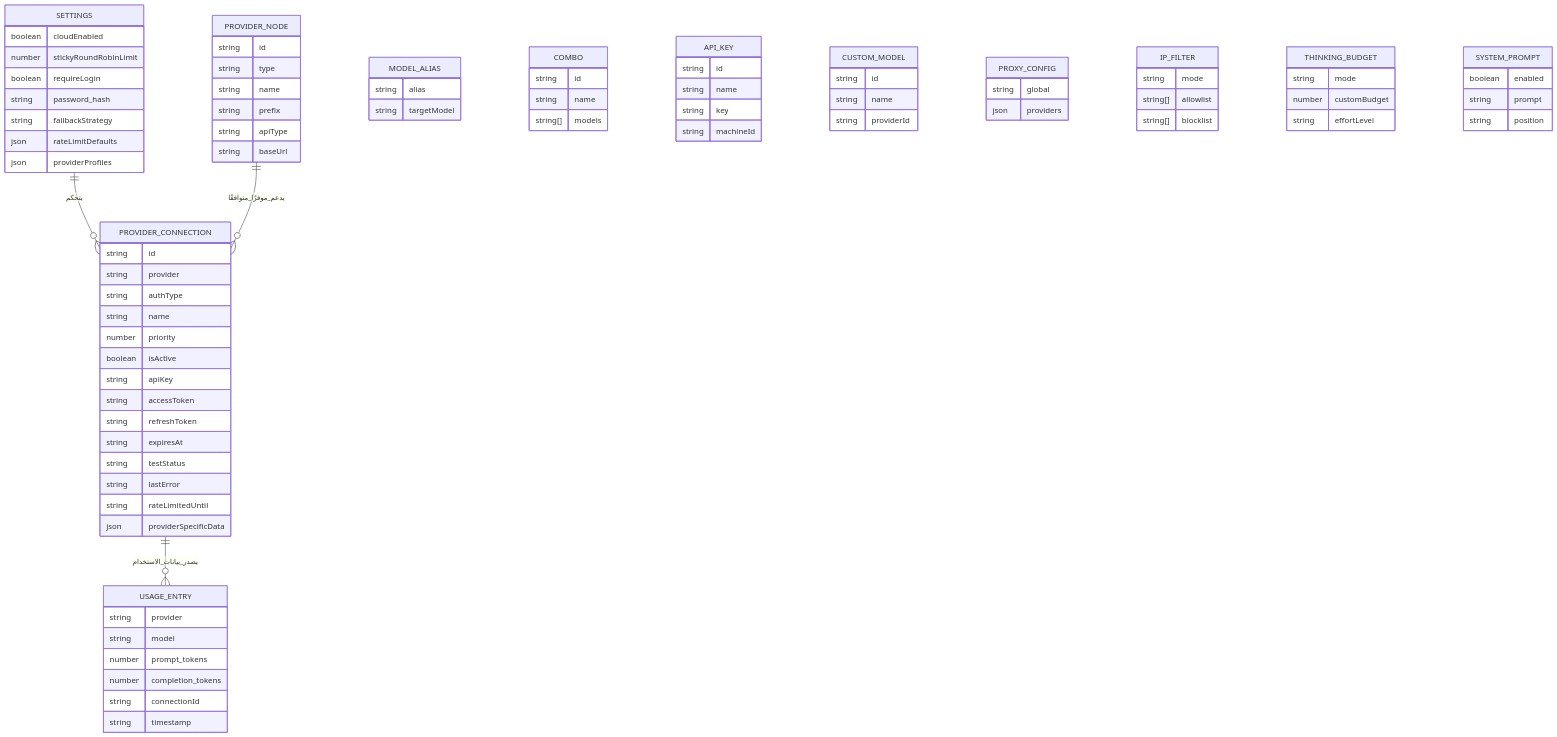
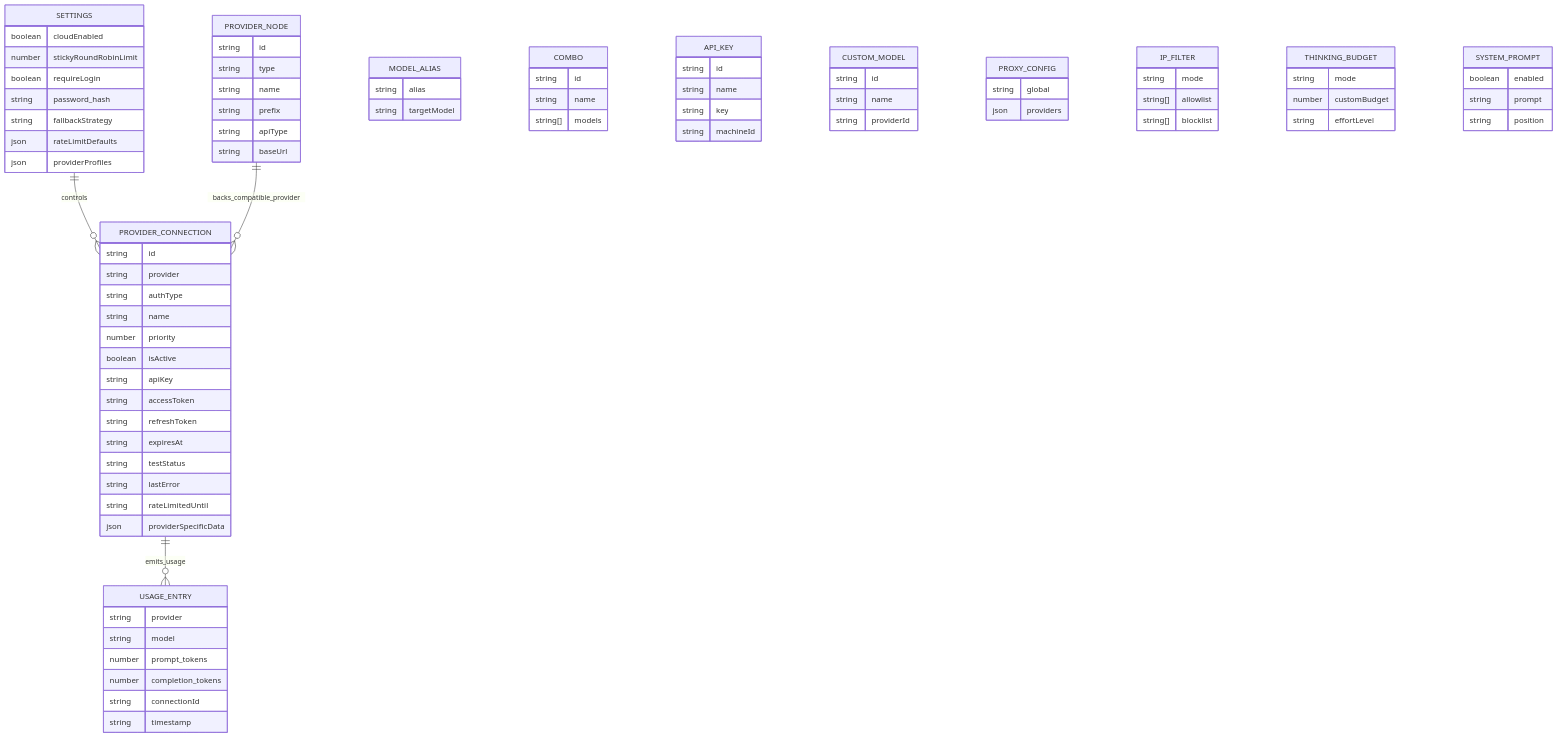
The sixth of 7 diagrams in docs/i18n/ar/docs/architecture/ARCHITECTURE.md (niyatna/NiyatnaRoute), drawn with Mermaid before and after one commit. The commit also changed other lines of this file and 2447 other files, not shown here.

````diff
--- a/docs/i18n/ar/docs/architecture/ARCHITECTURE.md
+++ b/docs/i18n/ar/docs/architecture/ARCHITECTURE.md
@@ -701,8 +475,8 @@
 ```mermaid
 erDiagram
-    SETTINGS ||--o{ PROVIDER_CONNECTION : يتحكم
-    PROVIDER_NODE ||--o{ PROVIDER_CONNECTION : يدعم_موفرًا_متوافقًا
-    PROVIDER_CONNECTION ||--o{ USAGE_ENTRY : يصدر_بيانات_الاستخدام
+    SETTINGS ||--o{ PROVIDER_CONNECTION : controls
+    PROVIDER_NODE ||--o{ PROVIDER_CONNECTION : backs_compatible_provider
+    PROVIDER_CONNECTION ||--o{ USAGE_ENTRY : emits_usage
 
     SETTINGS {
       boolean cloudEnabled
````
